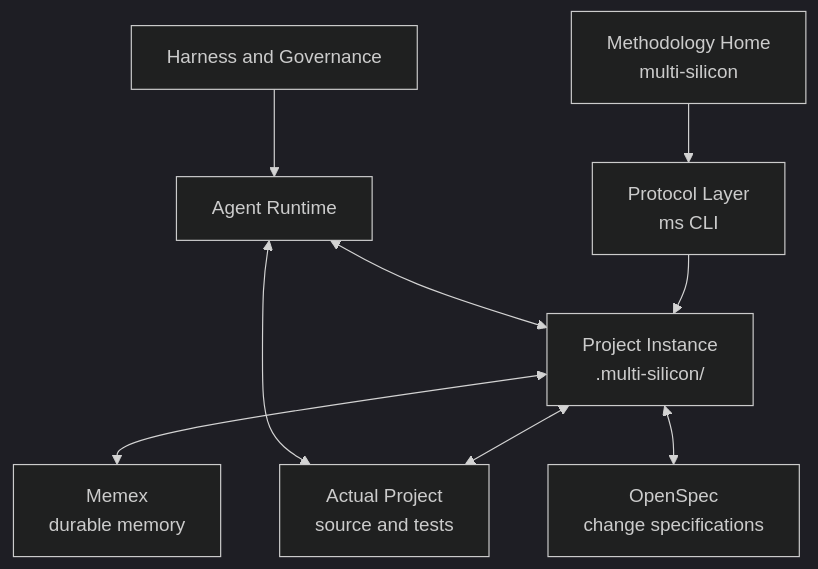
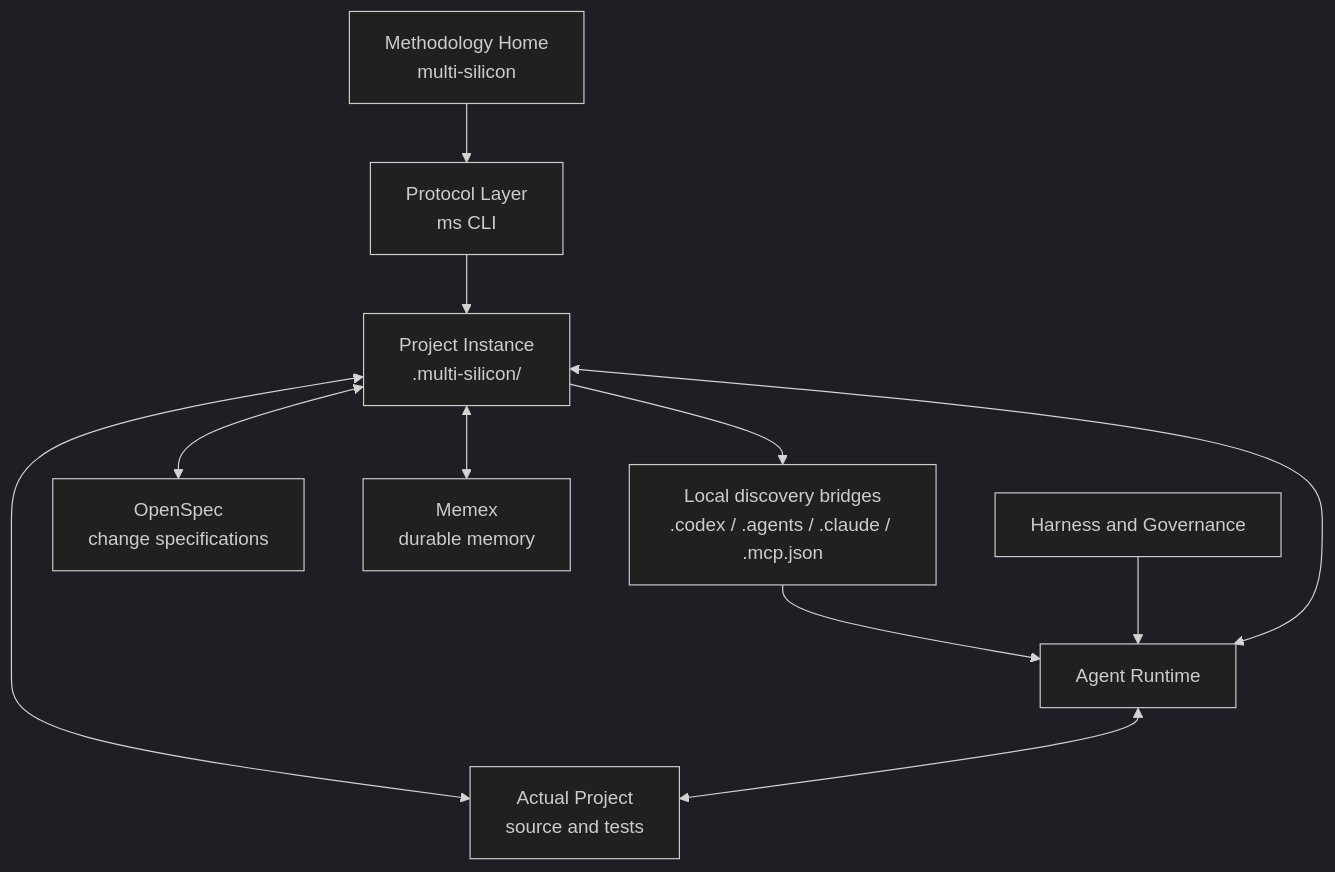
One commit to prgrmrwy/multi-silicon changed the diagram in docs/architecture.md. Above: the diagram before and after it, drawn with Mermaid (dark theme). The commit also changed other lines of this file and 15 other files, not shown here.

````diff
--- a/docs/architecture.md
+++ b/docs/architecture.md
@@ -9,20 +9,23 @@
 ```mermaid
 flowchart TB
     H["Methodology Home<br/>multi-silicon"]
     CLI["Protocol Layer<br/>ms CLI"]
     I["Project Instance<br/>.multi-silicon/"]
+    B["Local discovery bridges<br/>.codex / .agents / .claude / .mcp.json"]
     P["Actual Project<br/>source and tests"]
     O["OpenSpec<br/>change specifications"]
     M["Memex<br/>durable memory"]
     A["Agent Runtime"]
     G["Harness and Governance"]
 
     H --> CLI
     CLI --> I
+    I --> B
+    B --> A
     I <--> P
     I <--> M
     I <--> O
     A <--> I
     A <--> P
     G --> A
 ```
````
